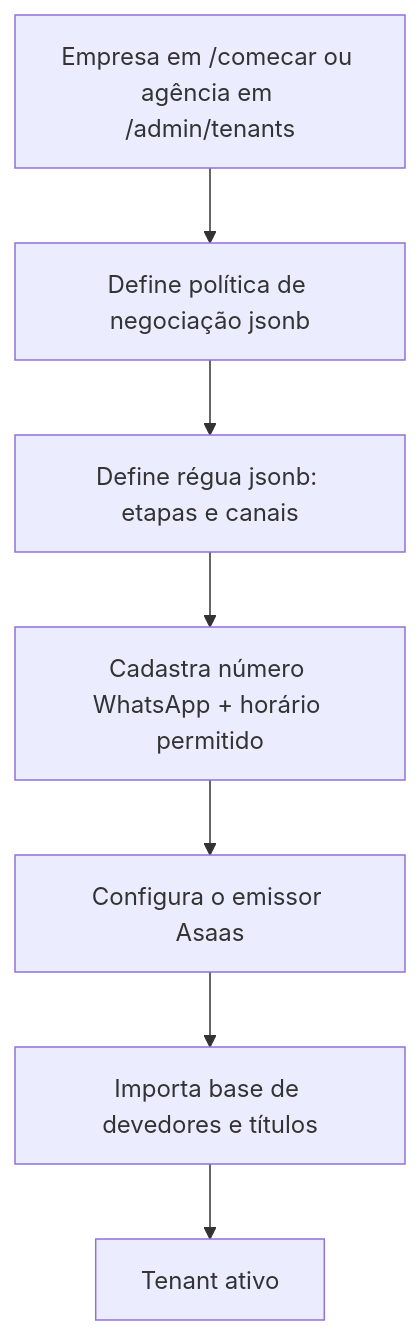
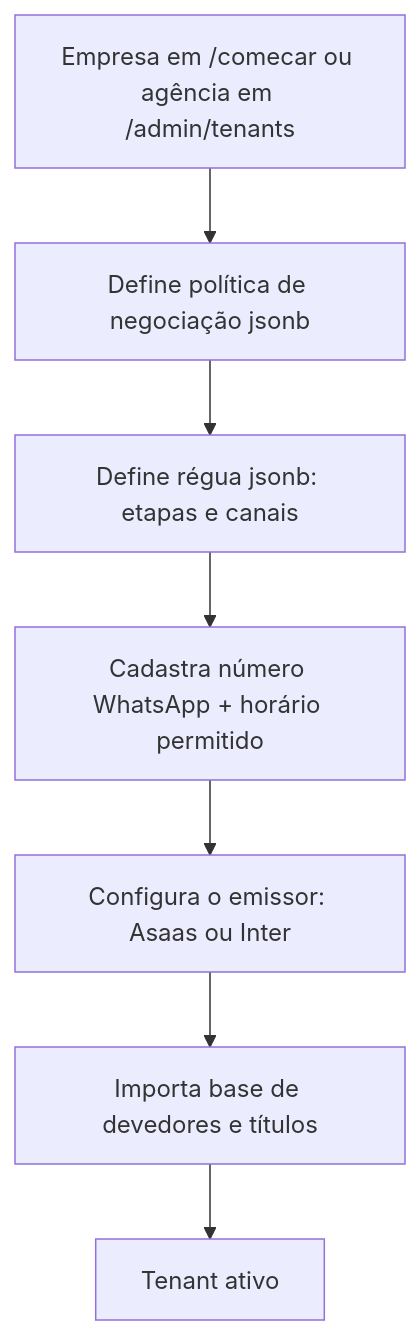
One commit to faelsou/settlr changed the second of 13 diagrams in FLUXOS.md. Above: the diagram before and after it, drawn with Mermaid.

Commit message:
SETL-37: nó do emissor no fluxo 0 cita Asaas ou Inter
O diagrama renderiza com Mermaid 10.9.

````diff
--- a/FLUXOS.md
+++ b/FLUXOS.md
@@ -100,9 +100,9 @@
 ```mermaid
 flowchart TD
     A[Empresa em /comecar ou agência em /admin/tenants] --> B[Define política de negociação jsonb]
     B --> C[Define régua jsonb: etapas e canais]
     C --> D[Cadastra número WhatsApp + horário permitido]
-    D --> E[Configura o emissor Asaas]
+    D --> E[Configura o emissor: Asaas ou Inter]
     E --> F[Importa base de devedores e títulos]
     F --> G[Tenant ativo]
 ```
````
